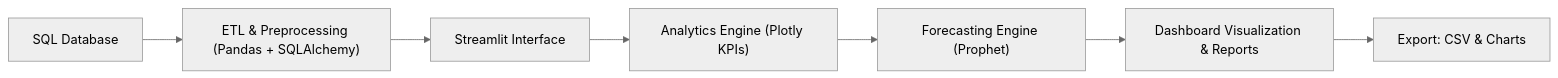
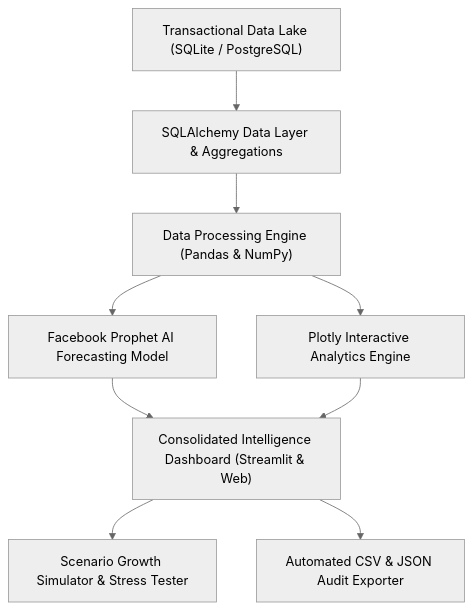
The diagram in README.md (UMARMUKTHAR03/market-iq-dashboard), drawn with Mermaid (neutral theme) before and after one commit. The commit also changed other lines of this file, not shown here.

Commit message:
docs: modernize master README with live badges, preview, and architecture

````diff
--- a/README.md
+++ b/README.md
@@ -20,9 +39,11 @@
 ```mermaid
-flowchart LR
-A["SQL Database"] --> B["ETL & Preprocessing (Pandas + SQLAlchemy)"]
-B --> C["Streamlit Interface"]
-C --> D["Analytics Engine (Plotly KPIs)"]
-D --> E["Forecasting Engine (Prophet)"]
-E --> F["Dashboard Visualization & Reports"]
-F --> G["Export: CSV & Charts"]
+graph TD
+    A["Transactional Data Lake (SQLite / PostgreSQL)"] --> B["SQLAlchemy Data Layer & Aggregations"]
+    B --> C["Data Processing Engine (Pandas & NumPy)"]
+    C --> D["Facebook Prophet AI Forecasting Model"]
+    C --> E["Plotly Interactive Analytics Engine"]
+    D --> F["Consolidated Intelligence Dashboard (Streamlit & Web)"]
+    E --> F
+    F --> G["Scenario Growth Simulator & Stress Tester"]
+    F --> H["Automated CSV & JSON Audit Exporter"]
 ```
````
